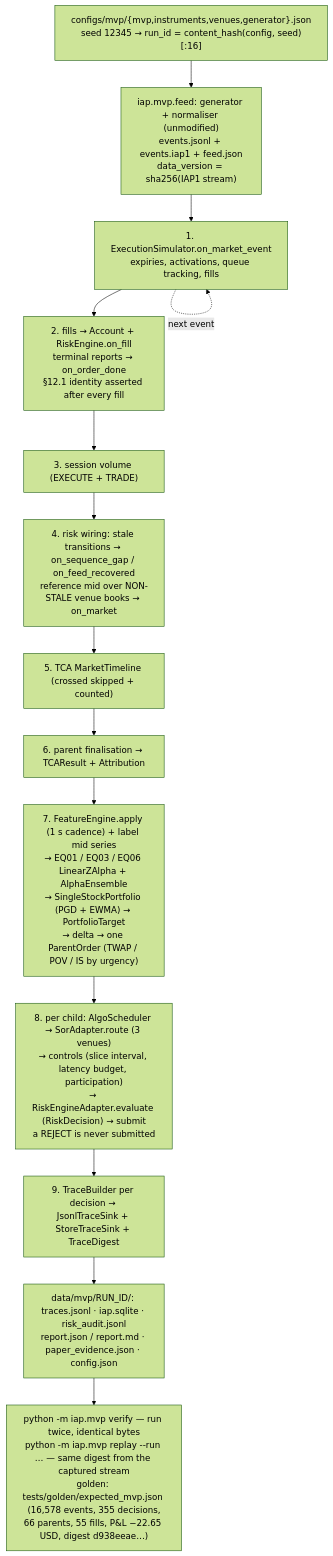
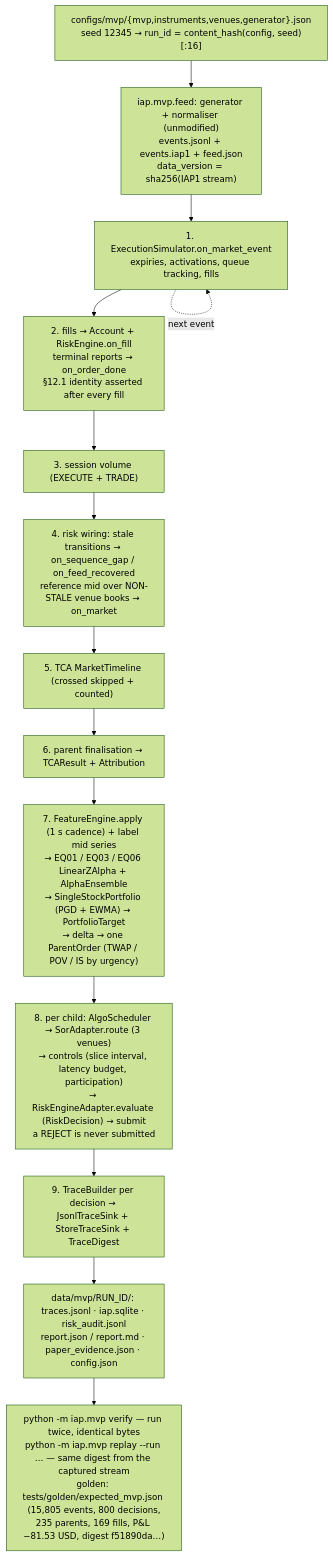
The diagram in docs/diagrams/mvp_loop.mmd (AshJha0/intraday-alpha-platform), drawn with Mermaid (forest theme) before and after one commit. The commit also changed 47 other files, not shown here.

```diff
--- a/docs/diagrams/mvp_loop.mmd
+++ b/docs/diagrams/mvp_loop.mmd
@@ -1,15 +1,15 @@
 flowchart TD
     %% python -m iap.mvp run — docs/MVP.md §3; per-event order of MvpEngine.on_event.
     CFG["configs/mvp/{mvp,instruments,venues,generator}.json<br/>seed 12345 → run_id = content_hash(config, seed)[:16]"] --> FEED["iap.mvp.feed: generator + normaliser (unmodified)<br/>events.jsonl + events.iap1 + feed.json<br/>data_version = sha256(IAP1 stream)"]
     FEED --> SIM["1. ExecutionSimulator.on_market_event<br/>expiries, activations, queue tracking, fills"]
     SIM --> ACC["2. fills → Account + RiskEngine.on_fill<br/>terminal reports → on_order_done<br/>§12.1 identity asserted after every fill"]
     ACC --> VOL["3. session volume (EXECUTE + TRADE)"]
     VOL --> MARK["4. risk wiring: stale transitions → on_sequence_gap / on_feed_recovered<br/>reference mid over NON-STALE venue books → on_market"]
     MARK --> TL["5. TCA MarketTimeline (crossed skipped + counted)"]
     TL --> FIN["6. parent finalisation → TCAResult + Attribution"]
     FIN --> FEAT["7. FeatureEngine.apply (1 s cadence) + label mid series<br/>→ EQ01 / EQ03 / EQ06 LinearZAlpha + AlphaEnsemble<br/>→ SingleStockPortfolio (PGD + EWMA) → PortfolioTarget<br/>→ delta → one ParentOrder (TWAP / POV / IS by urgency)"]
     FEAT --> CHILD["8. per child: AlgoScheduler → SorAdapter.route (3 venues)<br/>→ controls (slice interval, latency budget, participation)<br/>→ RiskEngineAdapter.evaluate (RiskDecision) → submit<br/>a REJECT is never submitted"]
     CHILD --> TRACE["9. TraceBuilder per decision → JsonlTraceSink + StoreTraceSink + TraceDigest"]
     TRACE --> OUT["data/mvp/RUN_ID/: traces.jsonl · iap.sqlite · risk_audit.jsonl<br/>report.json / report.md · paper_evidence.json · config.json"]
-    OUT --> VERIFY["python -m iap.mvp verify — run twice, identical bytes<br/>python -m iap.mvp replay --run … — same digest from the captured stream<br/>golden: tests/golden/expected_mvp.json (16,578 events, 355 decisions,<br/>66 parents, 55 fills, P&L −22.65 USD, digest d938eeae…)"]
+    OUT --> VERIFY["python -m iap.mvp verify — run twice, identical bytes<br/>python -m iap.mvp replay --run … — same digest from the captured stream<br/>golden: tests/golden/expected_mvp.json (15,805 events, 800 decisions,<br/>235 parents, 169 fills, P&L −81.53 USD, digest f51890da…)"]
     SIM -. "next event" .-> SIM
```
